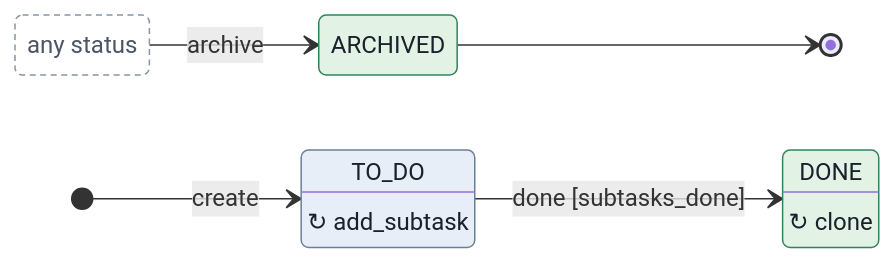
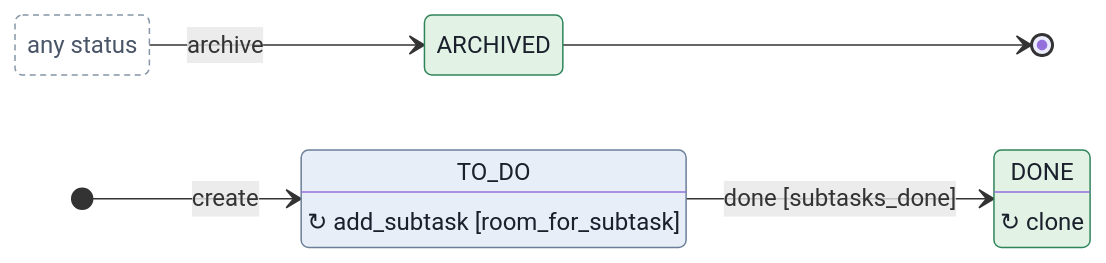
The eighth of 20 diagrams in docs/design/jira-flows.md (rxdu/object_flow), drawn with Mermaid before and after one commit. The commit also changed other lines of this file and 16 other files, not shown here.

First line of the commit message:
docs(design): make a flow recoverable from its description (ADR-0122)

````diff
--- a/docs/design/jira-flows.md
+++ b/docs/design/jira-flows.md
@@ -850,20 +903,20 @@
 ```mermaid
 %% jira_task_management.Task
 stateDiagram-v2
     direction LR
     state "TO_DO" as TO_DO
     state "DONE" as DONE
     state "any status" as any_status
     [*] --> TO_DO: create
     TO_DO --> DONE: done [subtasks_done]
     any_status --> ARCHIVED: archive
     ARCHIVED --> [*]
-    TO_DO: ↻ add_subtask
+    TO_DO: ↻ add_subtask [room_for_subtask]
     DONE: ↻ clone
     classDef todo fill:#e8eef7,stroke:#6b7f99,color:#1a202c
     classDef closed fill:#e2f3e5,stroke:#2f855a,color:#1a202c
     class TO_DO todo
     class DONE,ARCHIVED closed
     classDef any fill:none,stroke:#8795a8,stroke-dasharray:4 3,color:#4a5568
     class any_status any
 ```
````
